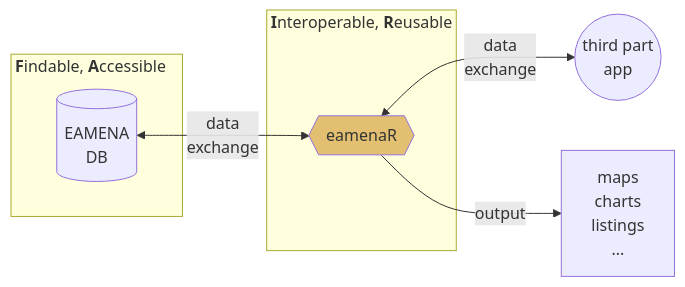
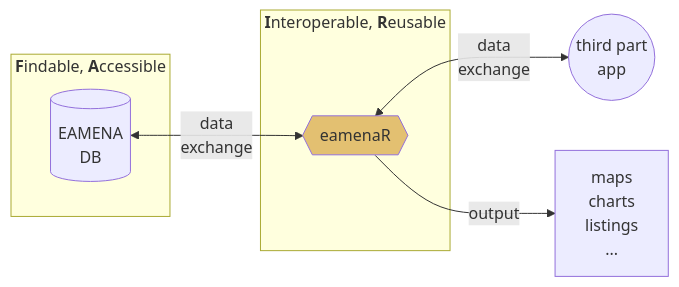
The third of 3 diagrams in temp/test-quarto-mermaids.md (eamena-project/eamena-arches-dev), drawn with Mermaid before and after one commit.

````diff
--- a/temp/test-quarto-mermaids.md
+++ b/temp/test-quarto-mermaids.md
@@ -20,13 +20,13 @@
 ```mermaid
 flowchart LR
-    subgraph ide1 [ <b>F</b>indable, <b>A</b>ccessible &nbsp;&nbsp; ]
+    subgraph ide1 [<b>F</b>indable, <b>A</b>ccessible]
     A[(EAMENA<br>DB)];
     end
     A[(EAMENA<br>DB)] <--data<br>exchange--> B{{"eamenaR"}}:::eamenaRpkg;
-    subgraph ide2 [ <b>I</b>nteroperable, <b>R</b>eusable ]
+    subgraph ide2 [<b>I</b>nteroperable, <b>R</b>eusable]
     B;
     end
     B <--data<br>exchange--> C((third part<br>app));
     B --"output"--> D[maps<br>charts<br>listings<br>...];
     classDef eamenaRpkg fill:#e3c071;
 ```
````
